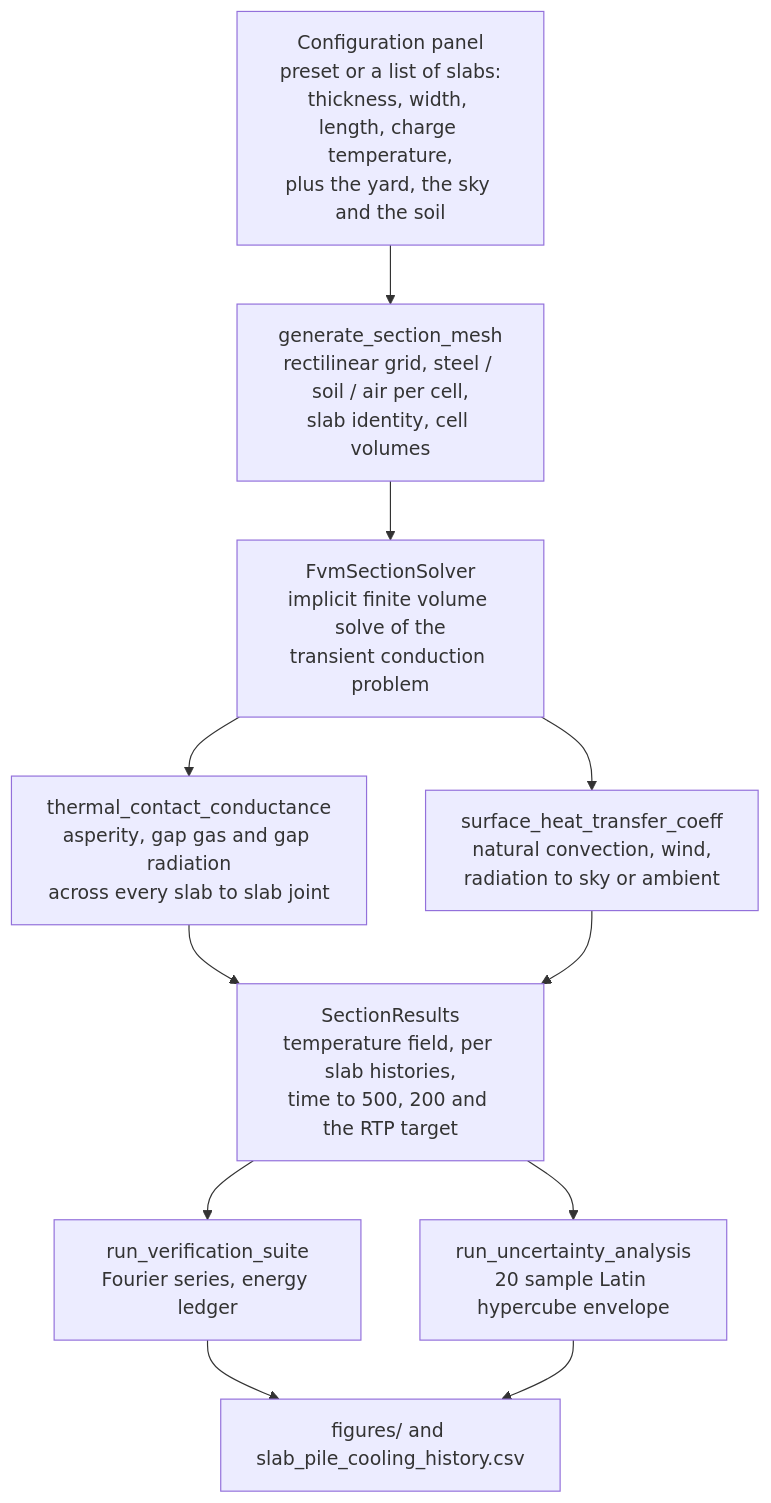
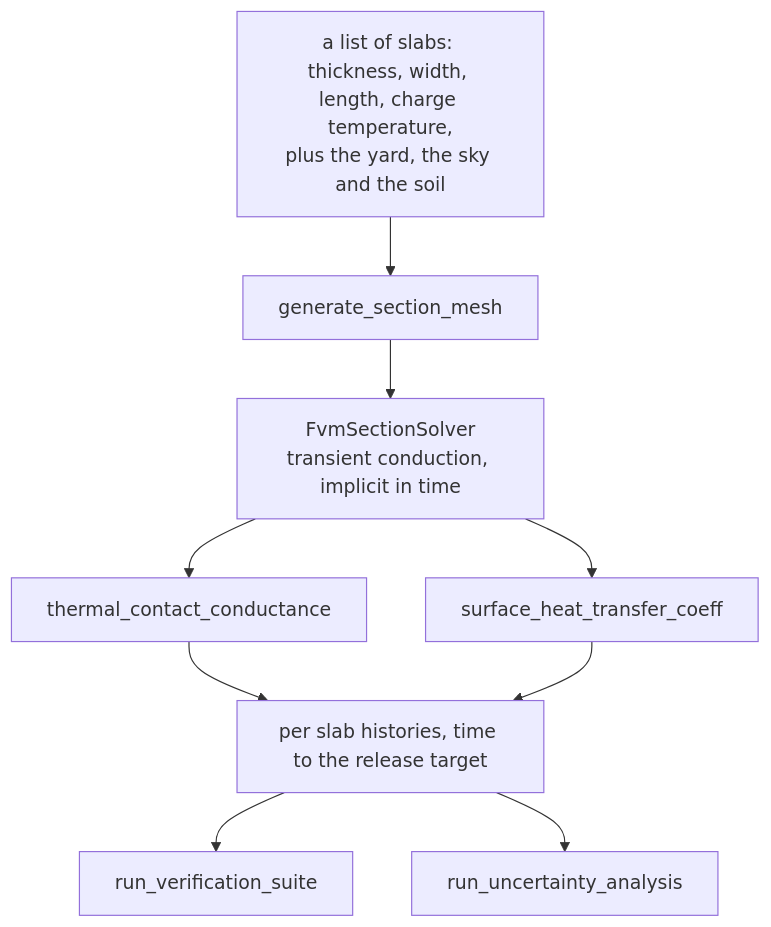
One commit to daniswaramp/slab-piling-simulation changed the diagram in README.md. Above: the diagram before and after it, drawn with Mermaid. The commit also changed other lines of this file, not shown here.

````diff
--- a/README.md
+++ b/README.md
@@ -65,13 +42,11 @@
 ```mermaid
 flowchart TD
-    A["Configuration panel<br/>preset or a list of slabs:<br/>thickness, width, length, charge temperature,<br/>plus the yard, the sky and the soil"] --> B["generate_section_mesh<br/>rectilinear grid, steel / soil / air per cell,<br/>slab identity, cell volumes"]
-    B --> C["FvmSectionSolver<br/>implicit finite volume solve of the<br/>transient conduction problem"]
-    C --> D["thermal_contact_conductance<br/>asperity, gap gas and gap radiation<br/>across every slab to slab joint"]
-    C --> E["surface_heat_transfer_coeff<br/>natural convection, wind,<br/>radiation to sky or ambient"]
-    D --> F["SectionResults<br/>temperature field, per slab histories,<br/>time to 500, 200 and the RTP target"]
+    A["a list of slabs: thickness, width, length, charge temperature,<br/>plus the yard, the sky and the soil"] --> B["generate_section_mesh"]
+    B --> C["FvmSectionSolver<br/>transient conduction, implicit in time"]
+    C --> D["thermal_contact_conductance"]
+    C --> E["surface_heat_transfer_coeff"]
+    D --> F["per slab histories, time to the release target"]
     E --> F
-    F --> G["run_verification_suite<br/>Fourier series, energy ledger"]
-    F --> H["run_uncertainty_analysis<br/>20 sample Latin hypercube envelope"]
-    G --> I["figures/ and slab_pile_cooling_history.csv"]
-    H --> I
+    F --> G["run_verification_suite"]
+    F --> H["run_uncertainty_analysis"]
 ```
````
